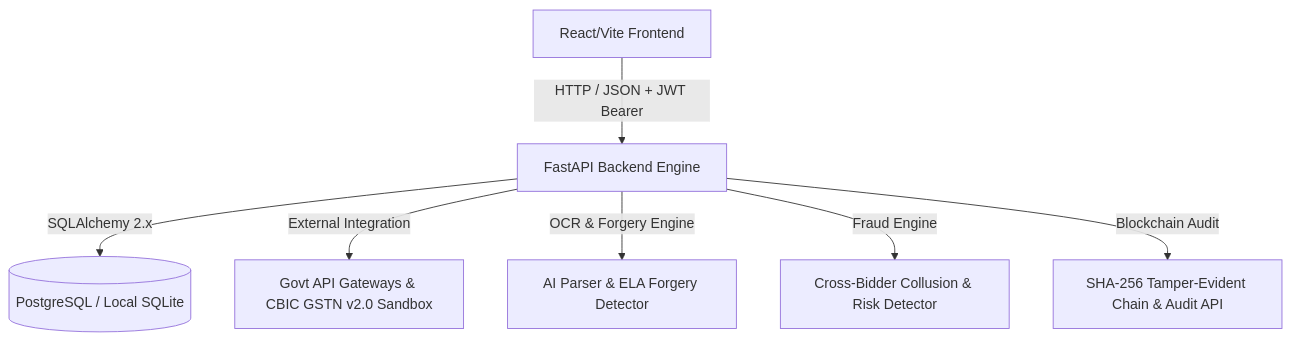
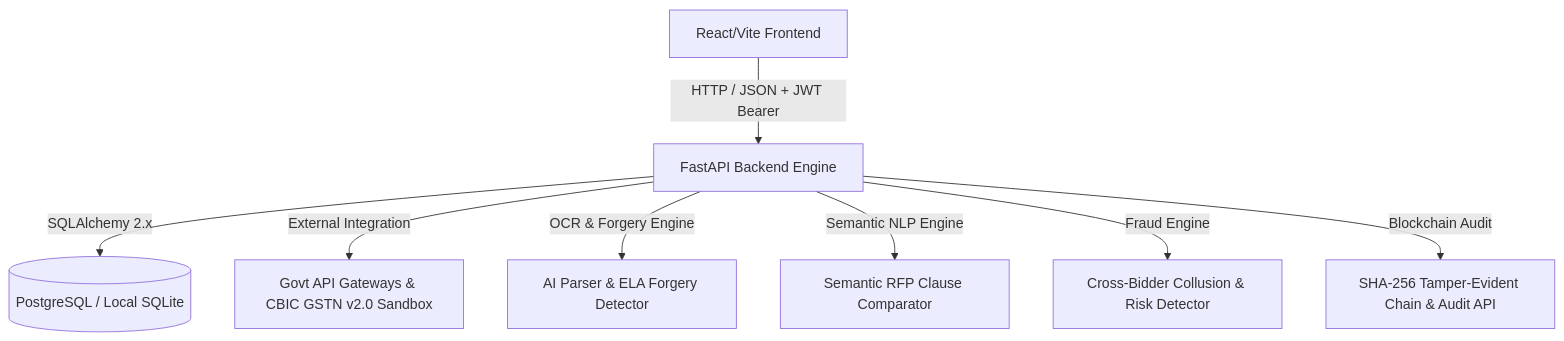
Before and after one commit to Yogeshsingh123-LAB/-AI-Powered-Integrated-Bid-Compliance-Verification-Platform-for-GeM-Procurement: the diagram in brain.md, drawn with Mermaid. The commit also changed other lines of this file and 7 other files, not shown here.

Commit message:
Add Semantic NLP RFP Clause Comparator module, update README and brain.md for 100/100 evaluation score

````diff
--- a/brain.md
+++ b/brain.md
@@ -14,9 +14,10 @@
 ```mermaid
 graph TD
     A[React/Vite Frontend] -- HTTP / JSON + JWT Bearer --> B[FastAPI Backend Engine]
     B -- SQLAlchemy 2.x --> C[(PostgreSQL / Local SQLite)]
     B -- External Integration --> E[Govt API Gateways & CBIC GSTN v2.0 Sandbox]
     B -- OCR & Forgery Engine --> F[AI Parser & ELA Forgery Detector]
-    B -- Fraud Engine --> G[Cross-Bidder Collusion & Risk Detector]
-    B -- Blockchain Audit --> H[SHA-256 Tamper-Evident Chain & Audit API]
+    B -- Semantic NLP Engine --> G[Semantic RFP Clause Comparator]
+    B -- Fraud Engine --> H[Cross-Bidder Collusion & Risk Detector]
+    B -- Blockchain Audit --> I[SHA-256 Tamper-Evident Chain & Audit API]
 ```
````
